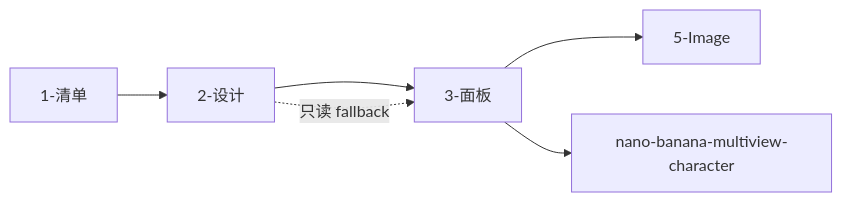
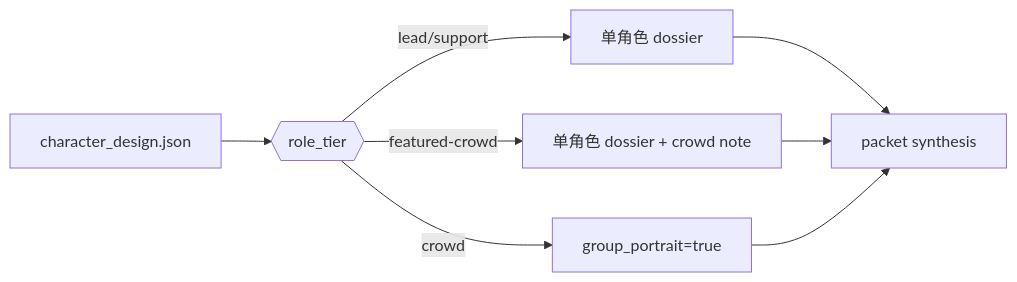
One commit to ZEN-VOID/AI-CUT changed the second of 4 diagrams in .agents/skills/aigc/4-Design/2-角色/3-面板/SKILL.md. Above: the diagram before and after it, drawn with Mermaid. The commit also changed other lines of this file and 182 other files, not shown here.

````diff
--- a/.agents/skills/aigc/4-Design/2-角色/3-面板/SKILL.md
+++ b/.agents/skills/aigc/4-Design/2-角色/3-面板/SKILL.md
@@ -68,8 +130,10 @@
 ```mermaid
 flowchart LR
-    A["1-清单"] --> B["2-设计"]
-    B --> C["3-面板"]
-    C --> D["5-Image"]
-    C --> E["nano-banana-multiview-character"]
-    B -. "只读 fallback" .-> C
+    A["character_design.json"] --> B{{"role_tier"}}
+    B -->|"lead/support"| C["单角色 dossier"]
+    B -->|"featured-crowd"| D["单角色 dossier + crowd note"]
+    B -->|"crowd"| E["group_portrait=true"]
+    C --> F["packet synthesis"]
+    D --> F
+    E --> F
 ```
````
